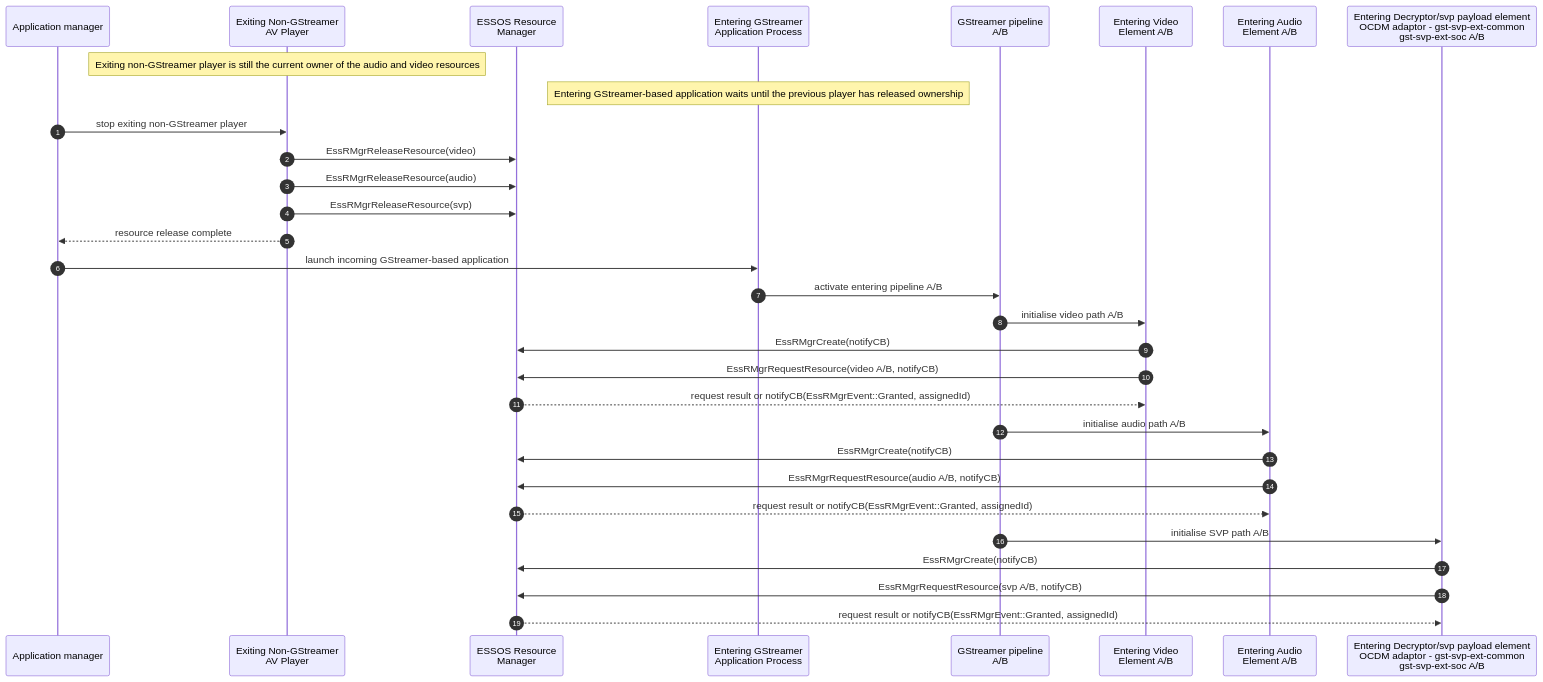
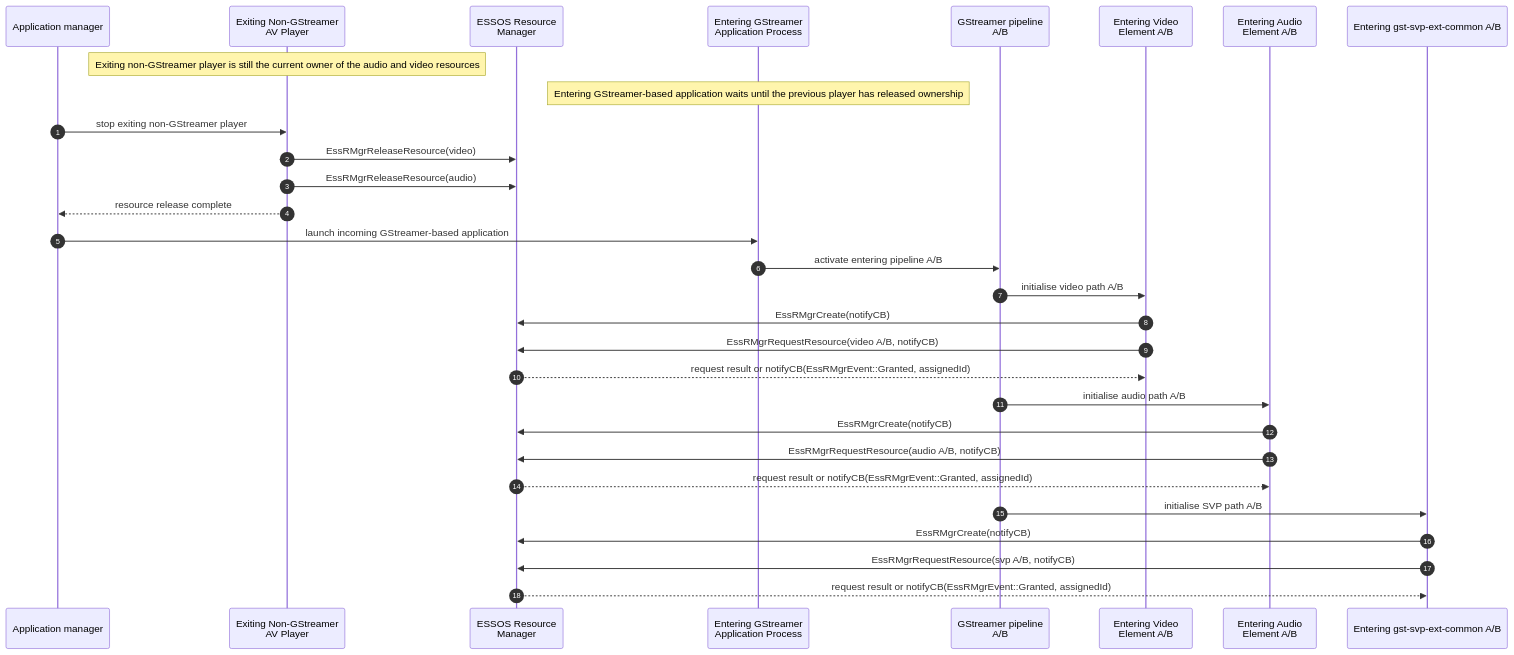
The sixth of 9 diagrams in doc/SPECIFICATION-dual-decode-legacy-av-hal-extension.md (rdkcentral/rdk-hpk-documentation), drawn with Mermaid before and after one commit. The commit also changed other lines of this file, not shown here.

First line of the commit message:
docs: clarify SVP in non-GStreamer diagrams and rename gst-svp-ext components

````diff
--- a/doc/SPECIFICATION-dual-decode-legacy-av-hal-extension.md
+++ b/doc/SPECIFICATION-dual-decode-legacy-av-hal-extension.md
@@ -744,37 +734,36 @@
 ```mermaid
 sequenceDiagram
     autonumber
     participant AM as Application manager
     participant APP_NG as Exiting Non-GStreamer<br/>AV Player
     participant RM as ESSOS Resource<br/>Manager
     participant APP_GST_ENTER as Entering GStreamer<br/>Application Process
     participant G_GST_ENTER as GStreamer pipeline<br/>A/B
     participant V_GST_ENTER as Entering Video<br/>Element A/B
     participant A_GST_ENTER as Entering Audio<br/>Element A/B
-    participant S_GST_ENTER as Entering Decryptor/svp payload element<br/>OCDM adaptor - gst-svp-ext-common<br/>gst-svp-ext-soc A/B
+    participant S_GST_ENTER as Entering gst-svp-ext-common A/B
 
     Note over APP_NG: Exiting non-GStreamer player is still the current owner of the audio and video resources
     Note over APP_GST_ENTER: Entering GStreamer-based application waits until the previous player has released ownership
 
     AM->>APP_NG: stop exiting non-GStreamer player
     APP_NG->>RM: EssRMgrReleaseResource(video)
     APP_NG->>RM: EssRMgrReleaseResource(audio)
-    APP_NG->>RM: EssRMgrReleaseResource(svp)
     APP_NG-->>AM: resource release complete
 
     AM->>APP_GST_ENTER: launch incoming GStreamer-based application
     APP_GST_ENTER->>G_GST_ENTER: activate entering pipeline A/B
     G_GST_ENTER->>V_GST_ENTER: initialise video path A/B
     V_GST_ENTER->>RM: EssRMgrCreate(notifyCB)
     V_GST_ENTER->>RM: EssRMgrRequestResource(video A/B, notifyCB)
     RM-->>V_GST_ENTER: request result or notifyCB(EssRMgrEvent::Granted, assignedId)
 
     G_GST_ENTER->>A_GST_ENTER: initialise audio path A/B
     A_GST_ENTER->>RM: EssRMgrCreate(notifyCB)
     A_GST_ENTER->>RM: EssRMgrRequestResource(audio A/B, notifyCB)
     RM-->>A_GST_ENTER: request result or notifyCB(EssRMgrEvent::Granted, assignedId)
     G_GST_ENTER->>S_GST_ENTER: initialise SVP path A/B
     S_GST_ENTER->>RM: EssRMgrCreate(notifyCB)
     S_GST_ENTER->>RM: EssRMgrRequestResource(svp A/B, notifyCB)
     RM-->>S_GST_ENTER: request result or notifyCB(EssRMgrEvent::Granted, assignedId)
 ```
````
